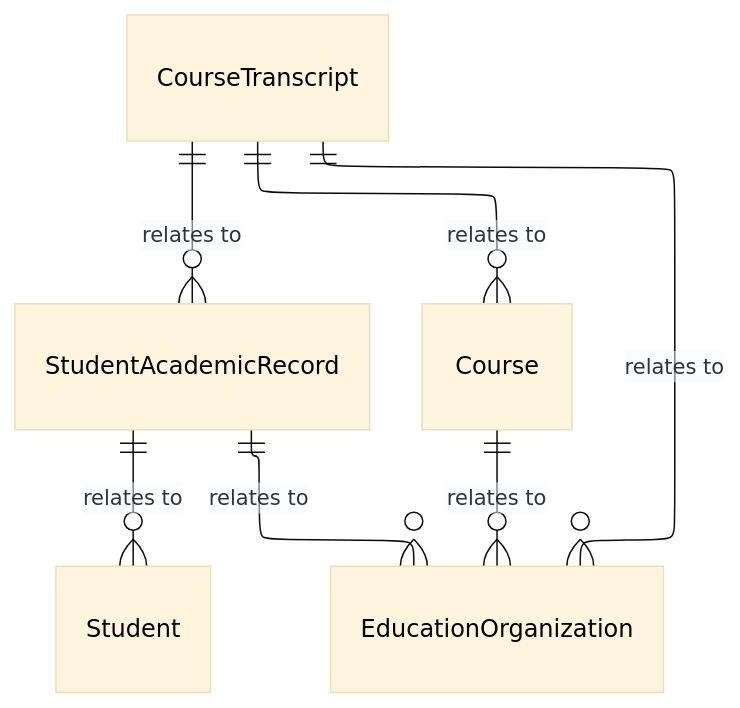
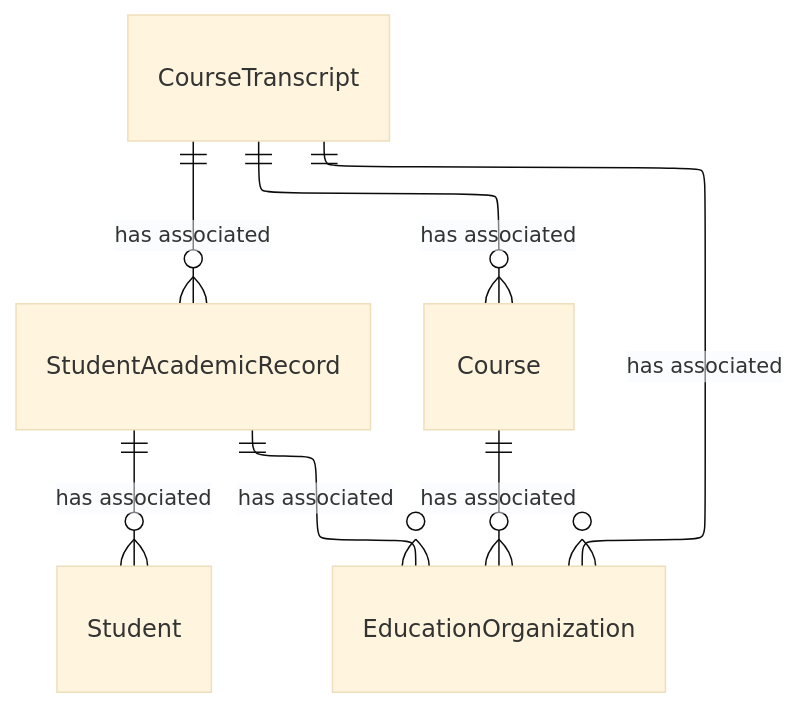
The second of 4 diagrams in dataStandard_versioned_docs/version-6/model-reference/student-academic-record-domain/model-diagrams.md (Ed-Fi-Alliance-OSS/ed-fi-alliance-oss.github.io), drawn with Mermaid (base theme) before and after one commit. The commit also changed other lines of this file and 24 other files, not shown here.

````diff
--- a/dataStandard_versioned_docs/version-6/model-reference/student-academic-record-domain/model-diagrams.md
+++ b/dataStandard_versioned_docs/version-6/model-reference/student-academic-record-domain/model-diagrams.md
@@ -134,28 +114,23 @@
 ```mermaid
 ---
 config:
   layout: elk
 ---
 erDiagram
     Student {
     }
     StudentAcademicRecord {
     }
     CourseTranscript {
     }
     Course {
     }
     EducationOrganization {
     }
-    CourseTranscript ||--o{ StudentAcademicRecord : "relates to"
-    CourseTranscript ||--o{ Course : "relates to"
-    CourseTranscript ||--o{ EducationOrganization : "relates to"
-    StudentAcademicRecord ||--o{ Student : "relates to"
-    StudentAcademicRecord ||--o{ EducationOrganization : "relates to"
-    Course ||--o{ EducationOrganization : "relates to"
-    style Student color:#000000
-    style StudentAcademicRecord color:#000000
-    style CourseTranscript color:#000000
-    style Course color:#000000
-    style EducationOrganization color:#000000
+    CourseTranscript ||--o{ StudentAcademicRecord : "has associated"
+    CourseTranscript ||--o{ Course : "has associated"
+    CourseTranscript ||--o{ EducationOrganization : "has associated"
+    StudentAcademicRecord ||--o{ Student : "has associated"
+    StudentAcademicRecord ||--o{ EducationOrganization : "has associated"
+    Course ||--o{ EducationOrganization : "has associated"
 ```
````
